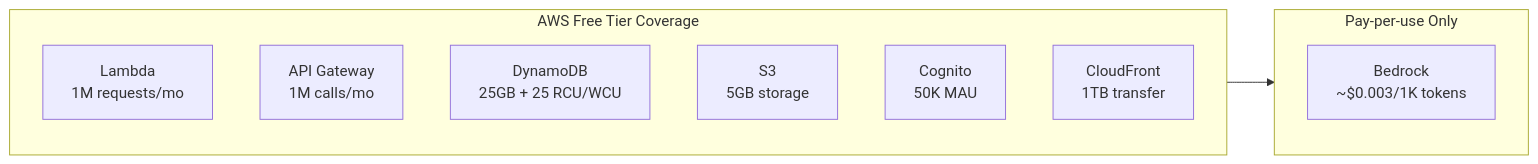
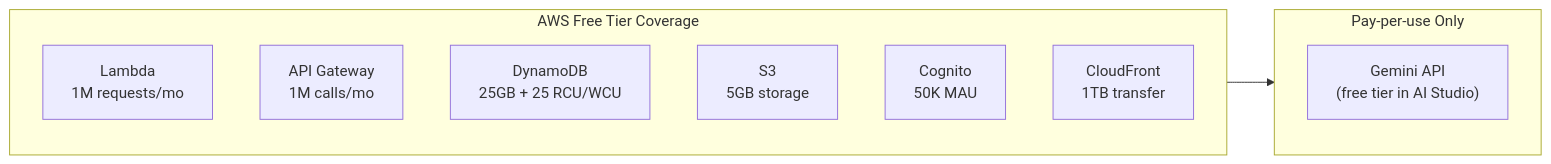
Before and after one commit to davidballad/crm_ai: the tenth of 10 diagrams in docs/architecture.md, drawn with Mermaid. The commit also changed other lines of this file and 36 other files, not shown here.

````diff
--- a/docs/architecture.md
+++ b/docs/architecture.md
@@ -450,17 +454,17 @@
 ```mermaid
 graph LR
   subgraph free_tier [AWS Free Tier Coverage]
     Lambda["Lambda\n1M requests/mo"]
     APIGW["API Gateway\n1M calls/mo"]
     Dynamo["DynamoDB\n25GB + 25 RCU/WCU"]
     S3free["S3\n5GB storage"]
     CogFree["Cognito\n50K MAU"]
     CFfree["CloudFront\n1TB transfer"]
   end
 
   subgraph paid [Pay-per-use Only]
-    BedrockCost["Bedrock\n~$0.003/1K tokens"]
+    GeminiCost["Gemini API\n(free tier in AI Studio)"]
   end
 
   free_tier --> paid
 ```
````
